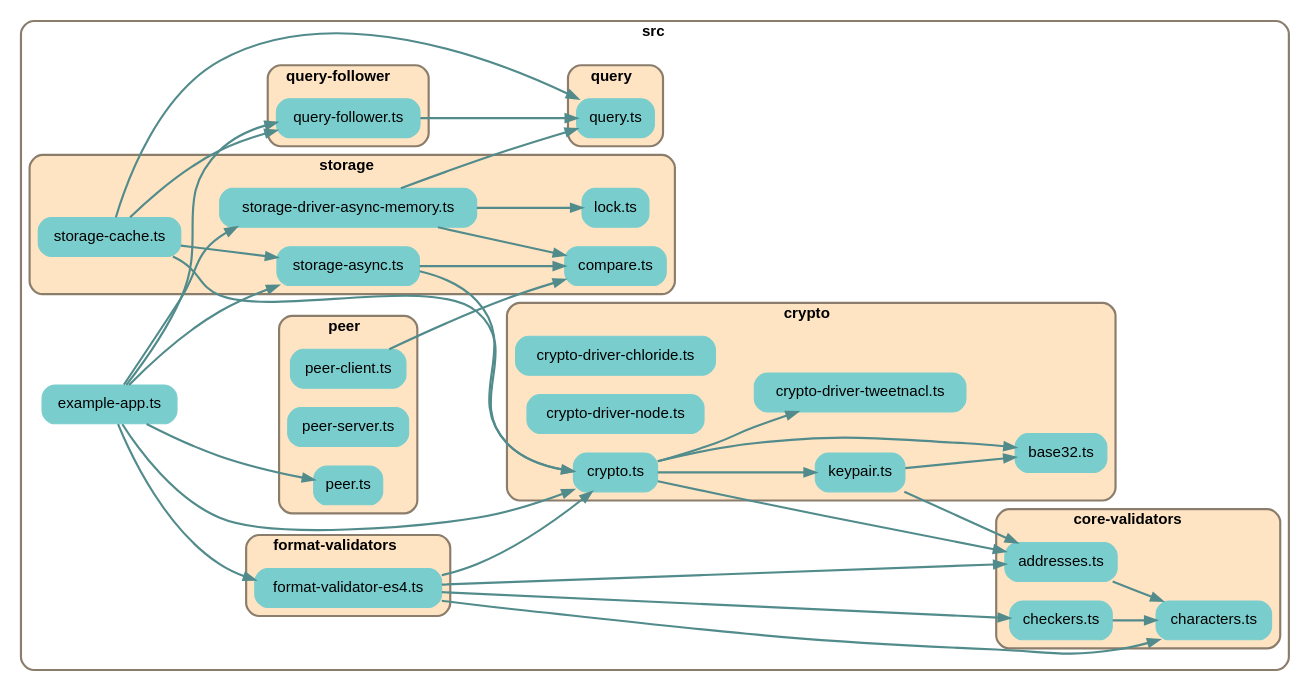
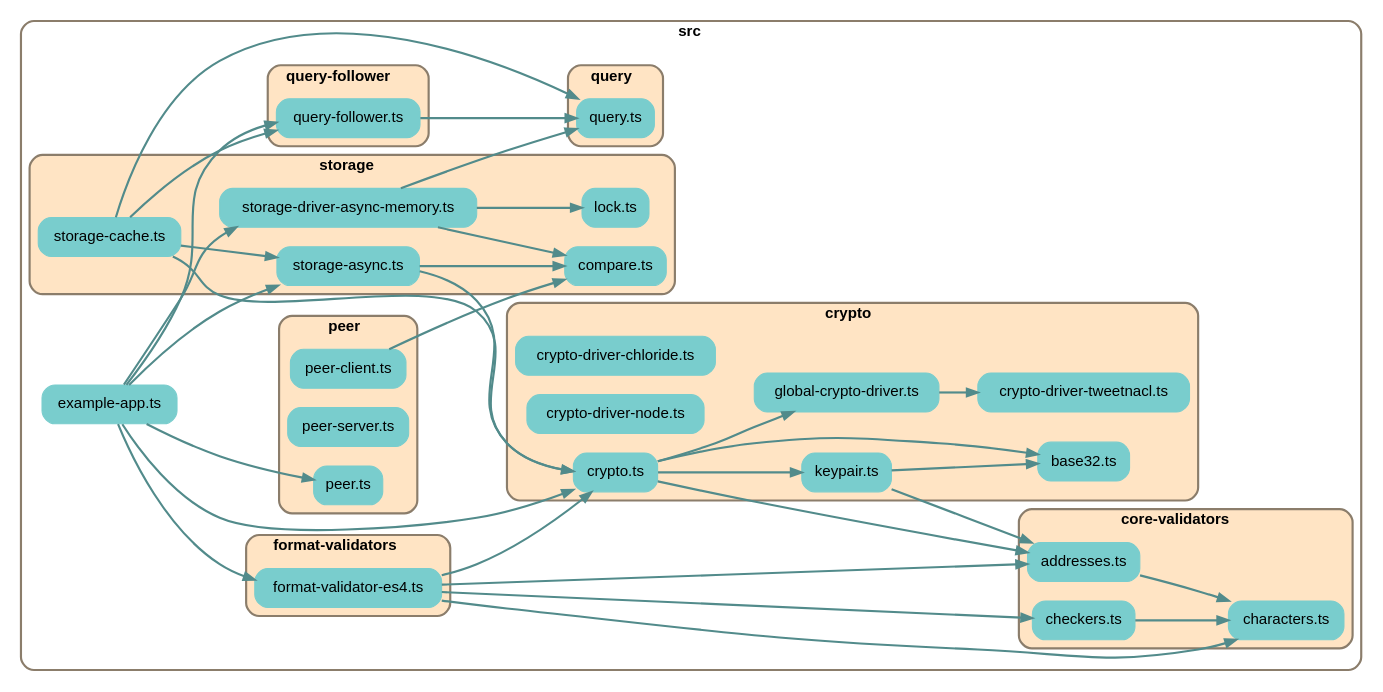
One commit to earthstar-project/earthstar changed the diagram in depchart/depchart-no-types.dot. Above: the diagram before and after it, drawn with Graphviz. The commit also changed 11 other files, not shown here.

```diff
--- a/depchart/depchart-no-types.dot
+++ b/depchart/depchart-no-types.dot
@@ -1,138 +1,140 @@
 
 digraph G {
     //splines=line;
     //splines=polyline;
     splines=true;
     rankdir=LR;
     //newrank=true;
     compound=true;
     graph [fontname = "helvetica"];  // dpi=72
     node [fontname = "helvetica"];
     edge [fontname = "helvetica"];
     
     // files in their folder clusters
 
-    subgraph cluster1588779882 {
+    subgraph cluster1725579392 {
         label=<<b>src</b>>;
         style="rounded";
         color=bisque4;
         penwidth=2;
                     
         "src/example-app.ts" [label="example-app.ts", shape=rectangle; style="rounded,filled"; color=darkslategray3];
 
-        subgraph cluster4539226745 {
+        subgraph cluster2065035373 {
             label=<<b>core-validators</b>>;
             style="rounded,filled";
             fillcolor=bisque;
             color=bisque4;
             penwidth=2;
                     
             "src/core-validators/addresses.ts" [label="addresses.ts", shape=rectangle; style="rounded,filled"; color=darkslategray3];
             "src/core-validators/characters.ts" [label="characters.ts", shape=rectangle; style="rounded,filled"; color=darkslategray3];
             "src/core-validators/checkers.ts" [label="checkers.ts", shape=rectangle; style="rounded,filled"; color=darkslategray3];
         }
 
-        subgraph cluster3443607113 {
+        subgraph cluster6198570161 {
             label=<<b>crypto</b>>;
             style="rounded,filled";
             fillcolor=bisque;
             color=bisque4;
             penwidth=2;
                     
             "src/crypto/base32.ts" [label="base32.ts", shape=rectangle; style="rounded,filled"; color=darkslategray3];
             "src/crypto/crypto-driver-chloride.ts" [label="crypto-driver-chloride.ts", shape=rectangle; style="rounded,filled"; color=darkslategray3];
             "src/crypto/crypto-driver-node.ts" [label="crypto-driver-node.ts", shape=rectangle; style="rounded,filled"; color=darkslategray3];
             "src/crypto/crypto-driver-tweetnacl.ts" [label="crypto-driver-tweetnacl.ts", shape=rectangle; style="rounded,filled"; color=darkslategray3];
             "src/crypto/crypto.ts" [label="crypto.ts", shape=rectangle; style="rounded,filled"; color=darkslategray3];
+            "src/crypto/global-crypto-driver.ts" [label="global-crypto-driver.ts", shape=rectangle; style="rounded,filled"; color=darkslategray3];
             "src/crypto/keypair.ts" [label="keypair.ts", shape=rectangle; style="rounded,filled"; color=darkslategray3];
         }
 
-        subgraph cluster9913072370 {
+        subgraph cluster3750058162 {
             label=<<b>format-validators</b>>;
             style="rounded,filled";
             fillcolor=bisque;
             color=bisque4;
             penwidth=2;
                     
             "src/format-validators/format-validator-es4.ts" [label="format-validator-es4.ts", shape=rectangle; style="rounded,filled"; color=darkslategray3];
         }
 
-        subgraph cluster4041676234 {
+        subgraph cluster4968708164 {
             label=<<b>peer</b>>;
             style="rounded,filled";
             fillcolor=bisque;
             color=bisque4;
             penwidth=2;
                     
             "src/peer/peer-client.ts" [label="peer-client.ts", shape=rectangle; style="rounded,filled"; color=darkslategray3];
             "src/peer/peer-server.ts" [label="peer-server.ts", shape=rectangle; style="rounded,filled"; color=darkslategray3];
             "src/peer/peer.ts" [label="peer.ts", shape=rectangle; style="rounded,filled"; color=darkslategray3];
         }
 
-        subgraph cluster4125887095 {
+        subgraph cluster9896616796 {
             label=<<b>query-follower</b>>;
             style="rounded,filled";
             fillcolor=bisque;
             color=bisque4;
             penwidth=2;
                     
             "src/query-follower/query-follower.ts" [label="query-follower.ts", shape=rectangle; style="rounded,filled"; color=darkslategray3];
         }
 
-        subgraph cluster5416788478 {
+        subgraph cluster5110560658 {
             label=<<b>query</b>>;
             style="rounded,filled";
             fillcolor=bisque;
             color=bisque4;
             penwidth=2;
                     
             "src/query/query.ts" [label="query.ts", shape=rectangle; style="rounded,filled"; color=darkslategray3];
         }
 
-        subgraph cluster6970543047 {
+        subgraph cluster5492705045 {
             label=<<b>storage</b>>;
             style="rounded,filled";
             fillcolor=bisque;
             color=bisque4;
             penwidth=2;
                     
             "src/storage/compare.ts" [label="compare.ts", shape=rectangle; style="rounded,filled"; color=darkslategray3];
             "src/storage/lock.ts" [label="lock.ts", shape=rectangle; style="rounded,filled"; color=darkslategray3];
             "src/storage/storage-async.ts" [label="storage-async.ts", shape=rectangle; style="rounded,filled"; color=darkslategray3];
             "src/storage/storage-cache.ts" [label="storage-cache.ts", shape=rectangle; style="rounded,filled"; color=darkslategray3];
             "src/storage/storage-driver-async-memory.ts" [label="storage-driver-async-memory.ts", shape=rectangle; style="rounded,filled"; color=darkslategray3];
         }
     }
 
     // edges between files
     "src/core-validators/addresses.ts" -> "src/core-validators/characters.ts" [penwidth=2; color=darkslategray4];
     "src/core-validators/checkers.ts" -> "src/core-validators/characters.ts" [penwidth=2; color=darkslategray4];
     "src/crypto/crypto.ts" -> "src/crypto/base32.ts" [penwidth=2; color=darkslategray4];
     "src/crypto/crypto.ts" -> "src/crypto/keypair.ts" [penwidth=2; color=darkslategray4];
     "src/crypto/crypto.ts" -> "src/core-validators/addresses.ts" [penwidth=2; color=darkslategray4];
-    "src/crypto/crypto.ts" -> "src/crypto/crypto-driver-tweetnacl.ts" [penwidth=2; color=darkslategray4];
+    "src/crypto/crypto.ts" -> "src/crypto/global-crypto-driver.ts" [penwidth=2; color=darkslategray4];
+    "src/crypto/global-crypto-driver.ts" -> "src/crypto/crypto-driver-tweetnacl.ts" [penwidth=2; color=darkslategray4];
     "src/crypto/keypair.ts" -> "src/crypto/base32.ts" [penwidth=2; color=darkslategray4];
     "src/crypto/keypair.ts" -> "src/core-validators/addresses.ts" [penwidth=2; color=darkslategray4];
     "src/example-app.ts" -> "src/format-validators/format-validator-es4.ts" [penwidth=2; color=darkslategray4];
     "src/example-app.ts" -> "src/storage/storage-driver-async-memory.ts" [penwidth=2; color=darkslategray4];
     "src/example-app.ts" -> "src/storage/storage-async.ts" [penwidth=2; color=darkslategray4];
     "src/example-app.ts" -> "src/crypto/crypto.ts" [penwidth=2; color=darkslategray4];
     "src/example-app.ts" -> "src/query-follower/query-follower.ts" [penwidth=2; color=darkslategray4];
     "src/example-app.ts" -> "src/peer/peer.ts" [penwidth=2; color=darkslategray4];
     "src/format-validators/format-validator-es4.ts" -> "src/crypto/crypto.ts" [penwidth=2; color=darkslategray4];
     "src/format-validators/format-validator-es4.ts" -> "src/core-validators/characters.ts" [penwidth=2; color=darkslategray4];
     "src/format-validators/format-validator-es4.ts" -> "src/core-validators/checkers.ts" [penwidth=2; color=darkslategray4];
     "src/format-validators/format-validator-es4.ts" -> "src/core-validators/addresses.ts" [penwidth=2; color=darkslategray4];
     "src/peer/peer-client.ts" -> "src/storage/compare.ts" [penwidth=2; color=darkslategray4];
     "src/query-follower/query-follower.ts" -> "src/query/query.ts" [penwidth=2; color=darkslategray4];
     "src/storage/storage-async.ts" -> "src/storage/compare.ts" [penwidth=2; color=darkslategray4];
     "src/storage/storage-async.ts" -> "src/crypto/crypto.ts" [penwidth=2; color=darkslategray4];
     "src/storage/storage-cache.ts" -> "src/query/query.ts" [penwidth=2; color=darkslategray4];
     "src/storage/storage-cache.ts" -> "src/query-follower/query-follower.ts" [penwidth=2; color=darkslategray4];
     "src/storage/storage-cache.ts" -> "src/storage/storage-async.ts" [penwidth=2; color=darkslategray4];
     "src/storage/storage-cache.ts" -> "src/crypto/crypto.ts" [penwidth=2; color=darkslategray4];
     "src/storage/storage-driver-async-memory.ts" -> "src/storage/compare.ts" [penwidth=2; color=darkslategray4];
     "src/storage/storage-driver-async-memory.ts" -> "src/query/query.ts" [penwidth=2; color=darkslategray4];
     "src/storage/storage-driver-async-memory.ts" -> "src/storage/lock.ts" [penwidth=2; color=darkslategray4];
 
 }
```
